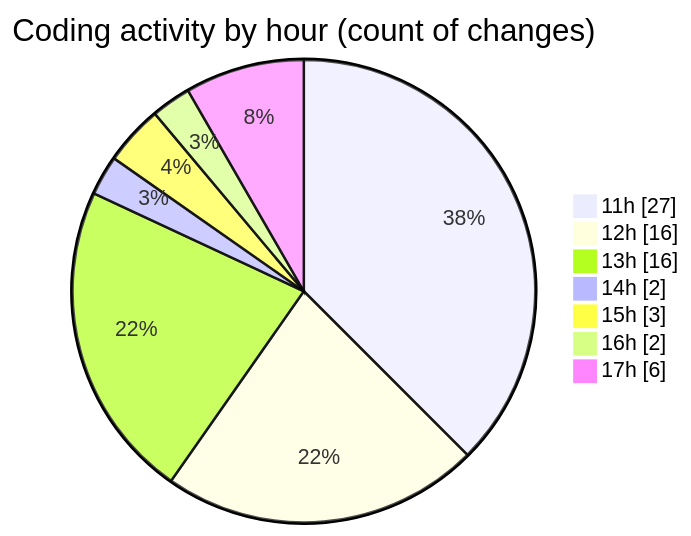
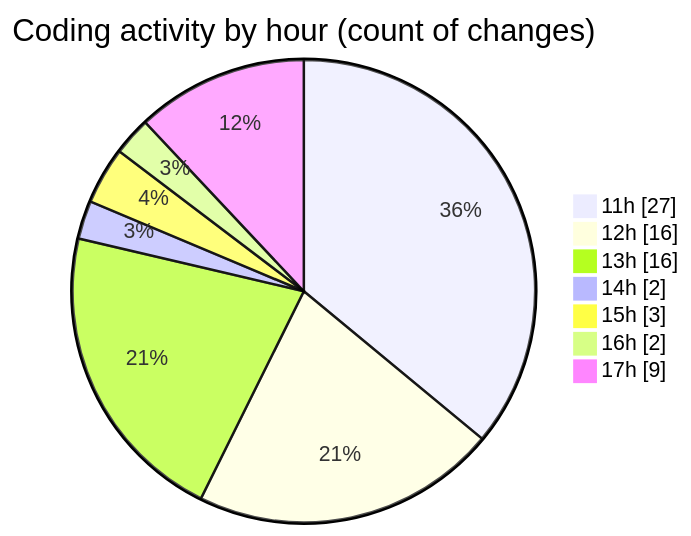
The second of 2 diagrams in 2025-04-18/myws__workspace_/README.md (MatusMokan/code-tracking), drawn with Mermaid before and after one commit. The commit also changed other lines of this file and 1 other file, not shown here.

````diff
--- a/2025-04-18/myws__workspace_/README.md
+++ b/2025-04-18/myws__workspace_/README.md
@@ -30,11 +30,11 @@
 ```mermaid
 pie showData
 title Coding activity by hour (count of changes)
 "11h" : 27
 "12h" : 16
 "13h" : 16
 "14h" : 2
 "15h" : 3
 "16h" : 2
-"17h" : 6
+"17h" : 9
 ```
````
